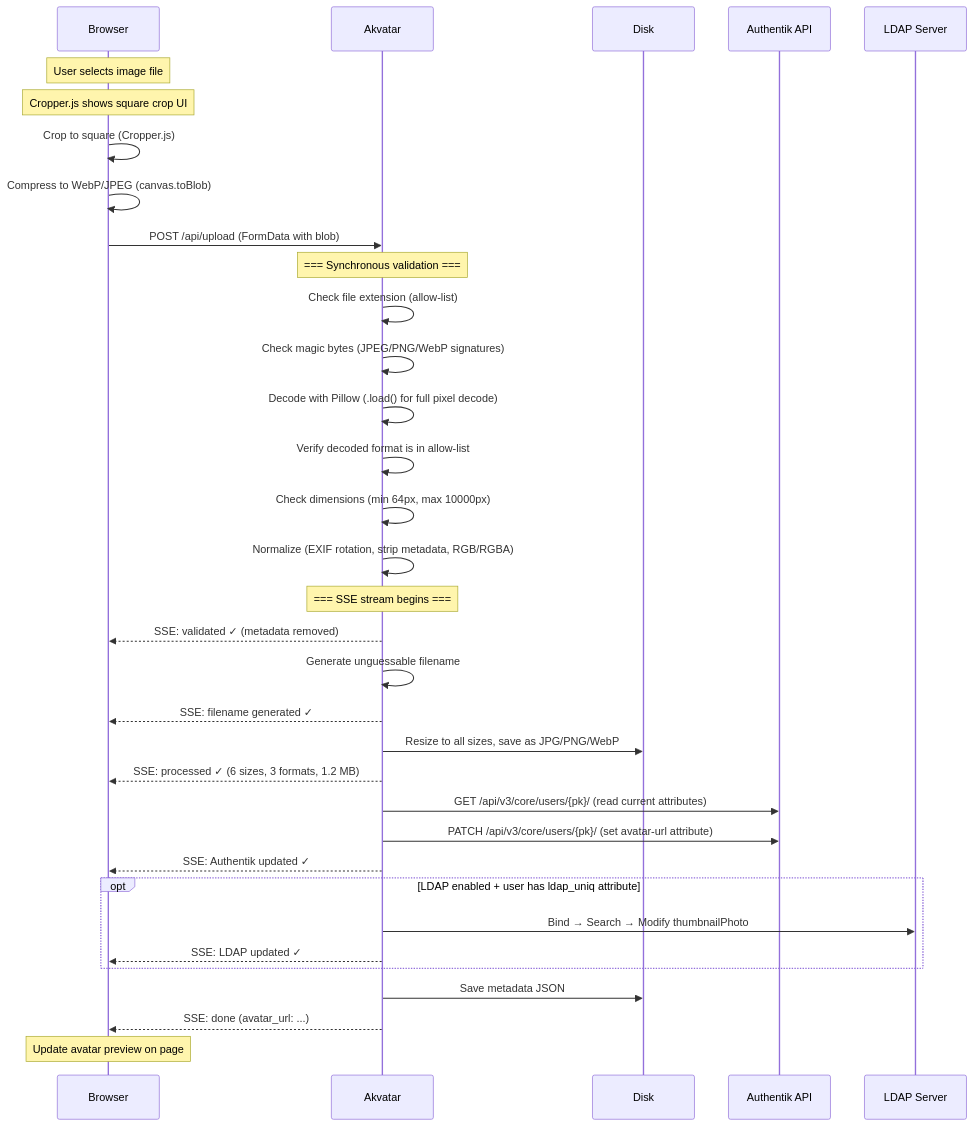
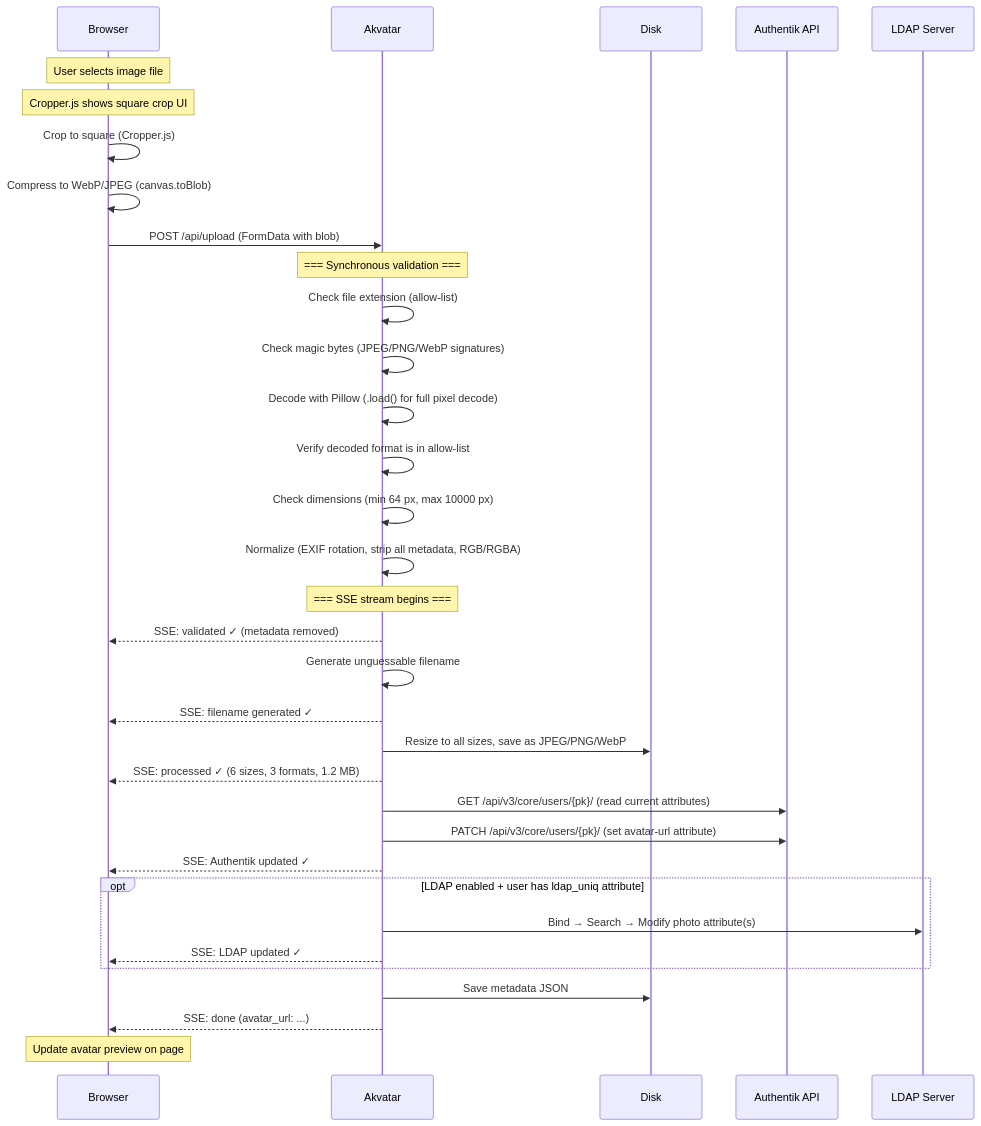
The second of 3 diagrams in docs/how-it-works.md (patschi/akvatar), drawn with Mermaid before and after one commit. The commit also changed other lines of this file and 2 other files, not shown here.

````diff
--- a/docs/how-it-works.md
+++ b/docs/how-it-works.md
@@ -73,45 +81,45 @@
 ```mermaid
 sequenceDiagram
     participant B as Browser
     participant A as Akvatar
     participant D as Disk
     participant K as Authentik API
     participant L as LDAP Server
 
     Note over B: User selects image file
     Note over B: Cropper.js shows square crop UI
     B->>B: Crop to square (Cropper.js)
     B->>B: Compress to WebP/JPEG (canvas.toBlob)
     B->>A: POST /api/upload (FormData with blob)
 
     Note over A: === Synchronous validation ===
     A->>A: Check file extension (allow-list)
     A->>A: Check magic bytes (JPEG/PNG/WebP signatures)
     A->>A: Decode with Pillow (.load() for full pixel decode)
     A->>A: Verify decoded format is in allow-list
-    A->>A: Check dimensions (min 64px, max 10000px)
-    A->>A: Normalize (EXIF rotation, strip metadata, RGB/RGBA)
+    A->>A: Check dimensions (min 64 px, max 10000 px)
+    A->>A: Normalize (EXIF rotation, strip all metadata, RGB/RGBA)
 
     Note over A: === SSE stream begins ===
     A-->>B: SSE: validated ✓ (metadata removed)
 
     A->>A: Generate unguessable filename
     A-->>B: SSE: filename generated ✓
 
-    A->>D: Resize to all sizes, save as JPG/PNG/WebP
+    A->>D: Resize to all sizes, save as JPEG/PNG/WebP
     A-->>B: SSE: processed ✓ (6 sizes, 3 formats, 1.2 MB)
 
     A->>K: GET /api/v3/core/users/{pk}/ (read current attributes)
     A->>K: PATCH /api/v3/core/users/{pk}/ (set avatar-url attribute)
     A-->>B: SSE: Authentik updated ✓
 
     opt LDAP enabled + user has ldap_uniq attribute
-        A->>L: Bind → Search → Modify thumbnailPhoto
+        A->>L: Bind → Search → Modify photo attribute(s)
         A-->>B: SSE: LDAP updated ✓
     end
 
     A->>D: Save metadata JSON
     A-->>B: SSE: done (avatar_url: ...)
 
     Note over B: Update avatar preview on page
 ```
````
